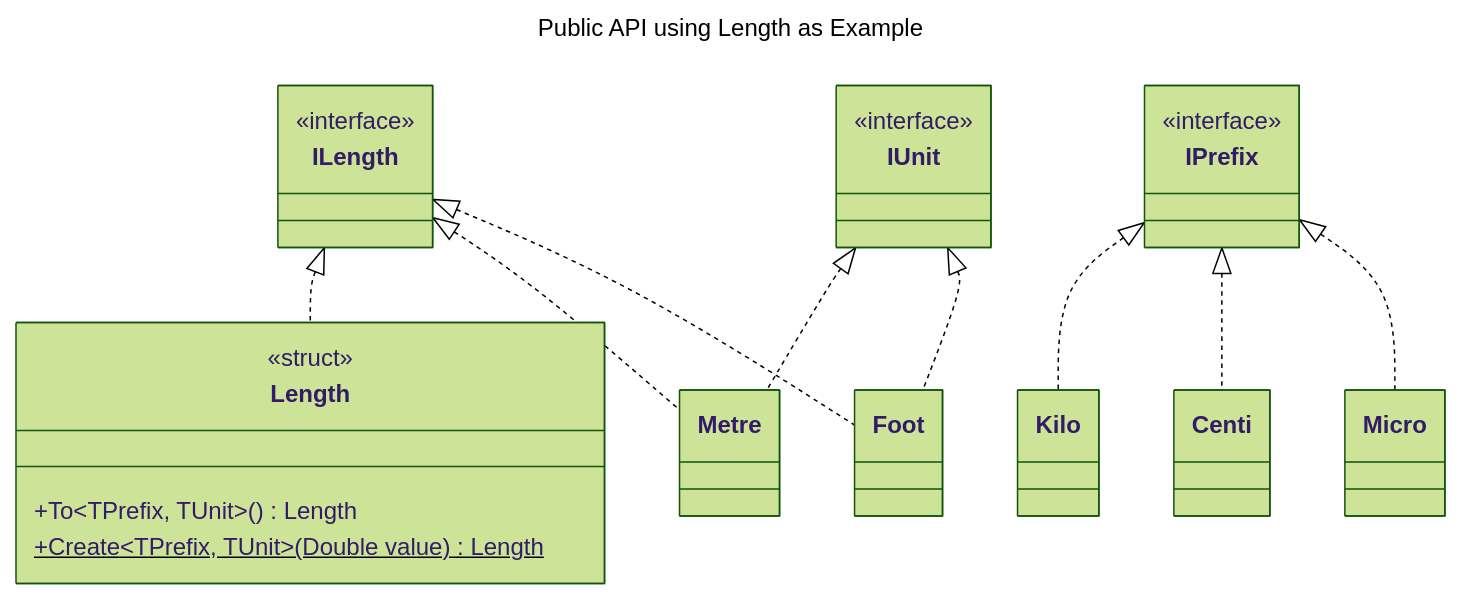
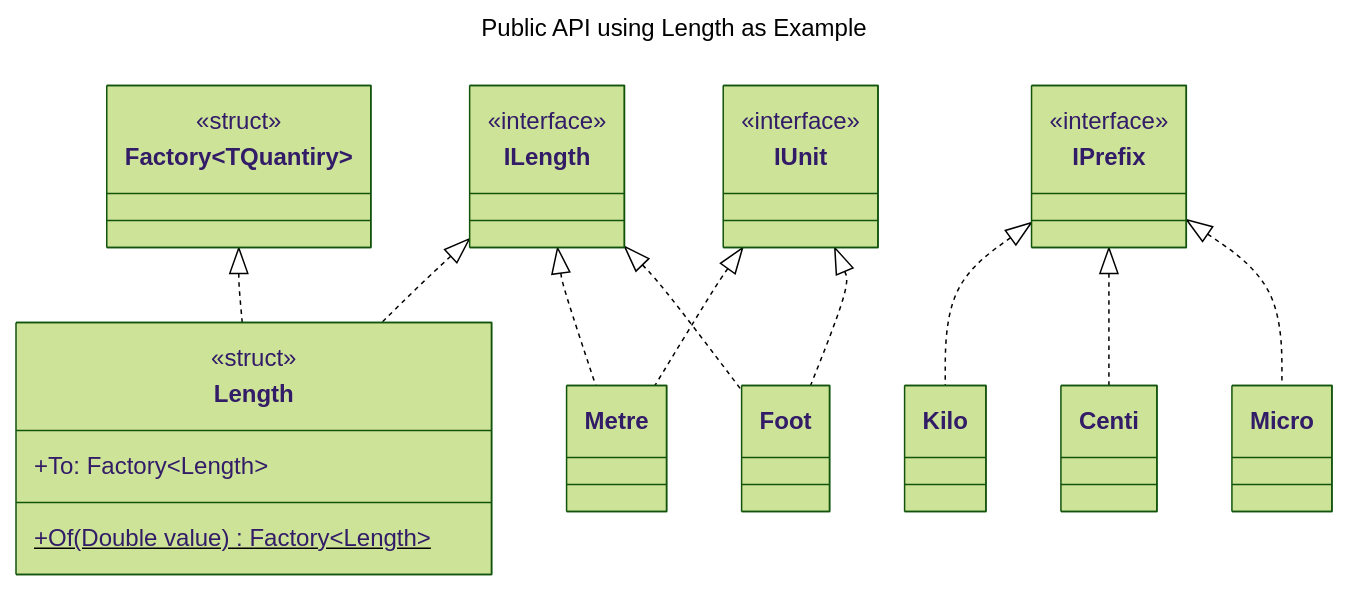
The first of 2 diagrams in design/Design.md (atmoos/Quantities), drawn with Mermaid (forest theme) before and after one commit. The commit also changed other lines of this file and 1 other file, not shown here.

````diff
--- a/design/Design.md
+++ b/design/Design.md
@@ -62,28 +71,32 @@
 ```mermaid
 ---
 title: Public API using Length as Example
 ---
 classDiagram
-    ILength <|.. Length
-    IUnit <|.. Metre
-    ILength <|.. Metre
-    IUnit <|.. Foot
-    ILength <|.. Foot
-    IPrefix <|.. Kilo
-    IPrefix <|.. Centi
-    IPrefix <|.. Micro
+    class Factory~TQuantiry~{
+        <<struct>>
+    }
     class ILength{
         <<interface>>
     }
     class IPrefix{
         <<interface>>
     }
     class IUnit{
         <<interface>>
     }
     class Length{
         <<struct>>
-        +To#lt;TPrefix, TUnit#gt;() Length
-        +Create#lt;TPrefix, TUnit#gt;(Double value)$ Length
+        +To: Factory~Length~
+        +Of(Double value)$ Factory~Length~
     }
+    Factory <|.. Length
+    ILength <|.. Length
+    IUnit <|.. Metre
+    ILength <|.. Metre
+    IUnit <|.. Foot
+    ILength <|.. Foot
+    IPrefix <|.. Kilo
+    IPrefix <|.. Centi
+    IPrefix <|.. Micro
 ```
````
